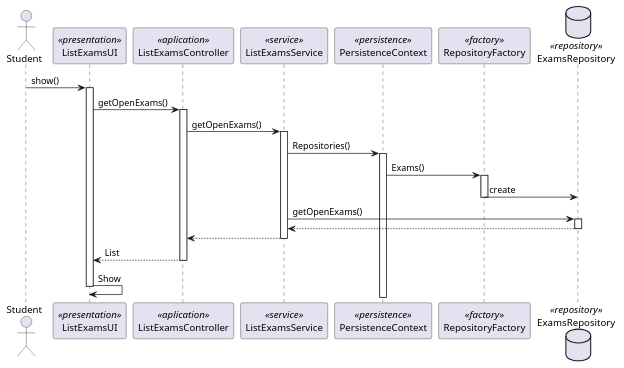
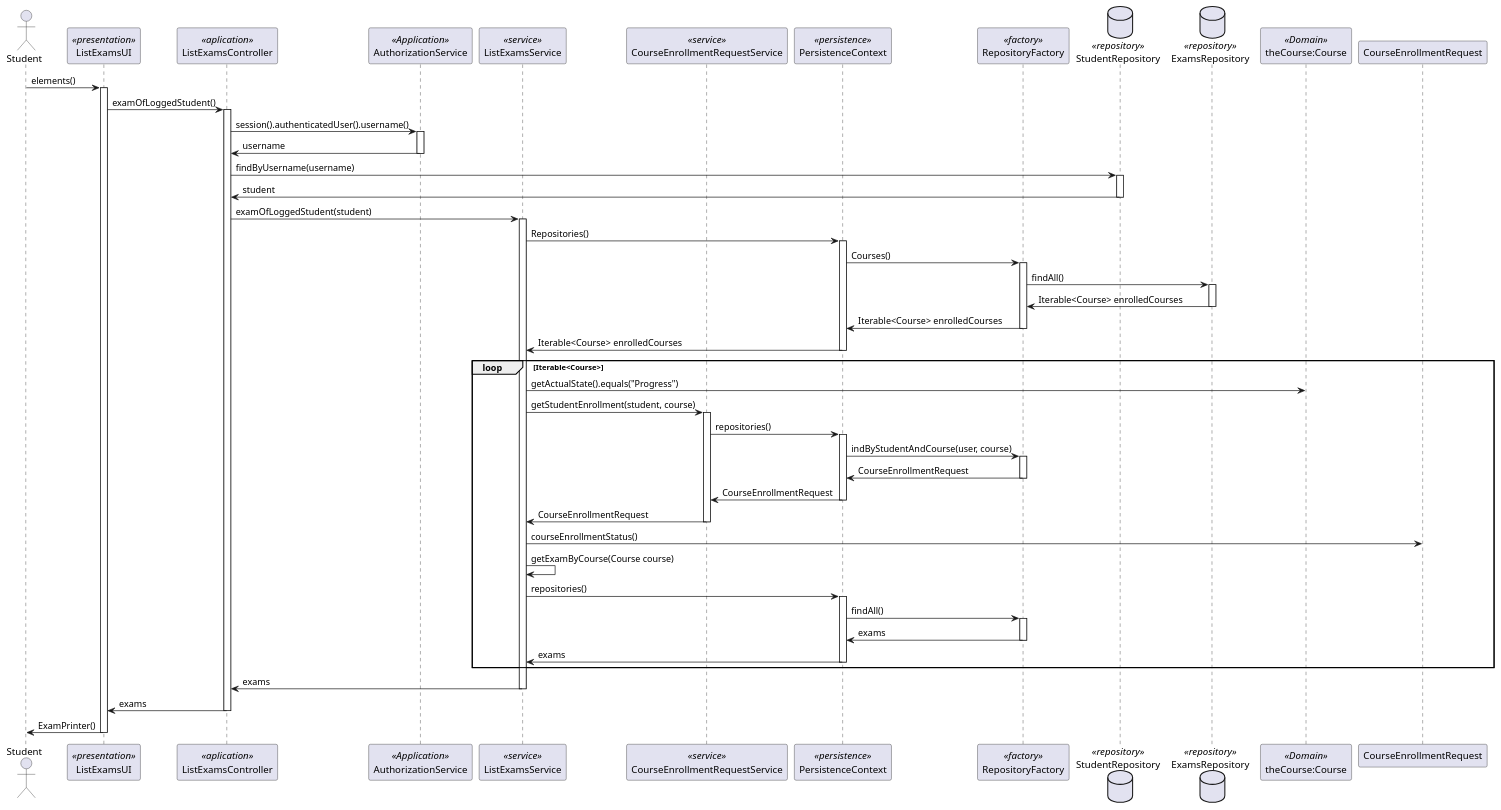
One commit to mascenso/isep-sem4-lapr4 changed the diagram in docs/SPRINT B/US2002 - List My Exams/US2002-SD.puml. Above: the diagram before and after it, drawn with PlantUML. The commit also changed 9 other files, not shown here.

```diff
--- a/docs/SPRINT B/US2002 - List My Exams/US2002-SD.puml
+++ b/docs/SPRINT B/US2002 - List My Exams/US2002-SD.puml
@@ -1,33 +1,71 @@
 @startuml
 actor Student as Actor
 participant ListExamsUI as UI <<presentation>>
 participant ListExamsController as Controller <<aplication>>
+participant AuthorizationService as Authz <<Application>>
 participant ListExamsService as Service <<service>>
+participant CourseEnrollmentRequestService as CERService <<service>>
 participant PersistenceContext as Persistence <<persistence>>
 participant RepositoryFactory as Factory <<factory>>
+database StudentRepository as studentRepository <<repository>>
 database ExamsRepository as Repository <<repository>>
+participant "theCourse:Course" as Course <<Domain>>
 
-Actor -> UI: show()
+Actor -> UI: elements()
 activate UI
-    UI -> Controller: getOpenExams()
-        activate Controller
-        Controller -> Service: getOpenExams()
-        activate Service
-        Service -> Persistence: Repositories()
+UI -> Controller: examOfLoggedStudent()
+activate Controller
+Controller -> Authz: session().authenticatedUser().username()
+activate Authz
+Authz -> Controller: username
+deactivate Authz
+Controller -> studentRepository: findByUsername(username)
+activate studentRepository
+studentRepository -> Controller: student
+deactivate studentRepository
+Controller -> Service: examOfLoggedStudent(student)
+activate Service
+Service -> Persistence: Repositories()
+activate Persistence
+Persistence -> Factory: Courses()
+activate Factory
+Factory -> Repository: findAll()
+activate Repository
+Repository -> Factory: Iterable<Course> enrolledCourses
+deactivate Repository
+Factory -> Persistence: Iterable<Course> enrolledCourses
+deactivate Factory
+Persistence -> Service: Iterable<Course> enrolledCourses
+deactivate Persistence
+    loop Iterable<Course>
+        Service -> Course: getActualState().equals("Progress")
+        Service -> CERService: getStudentEnrollment(student, course)
+        activate CERService
+        CERService -> Persistence: repositories()
         activate Persistence
-        Persistence -> Factory: Exams()
-                    activate Factory
-            Factory -> Repository: create
-
-            deactivate Factory
-        Service -> Repository: getOpenExams()
-                activate Repository
-        Repository --> Service
-        deactivate Repository
-        Service--> Controller
-        deactivate Service
-        Controller --> UI: List
-    deactivate Controller
-    UI -> UI:Show
+        Persistence -> Factory: indByStudentAndCourse(user, course)
+        activate Factory
+        Factory -> Persistence: CourseEnrollmentRequest
+        deactivate Factory
+        Persistence -> CERService: CourseEnrollmentRequest
+        deactivate Persistence
+        CERService -> Service: CourseEnrollmentRequest
+        deactivate CERService
+        Service -> CourseEnrollmentRequest: courseEnrollmentStatus()
+        Service -> Service: getExamByCourse(Course course)
+        Service -> Persistence: repositories()
+        activate Persistence
+        Persistence -> Factory: findAll()
+        activate Factory
+        Factory -> Persistence: exams
+        deactivate Factory
+        Persistence -> Service: exams
+        deactivate Persistence
+    end
+Service -> Controller: exams
+deactivate Service
+Controller -> UI: exams
+deactivate Controller
+UI -> Actor: ExamPrinter()
 deactivate UI
 @enduml
```
